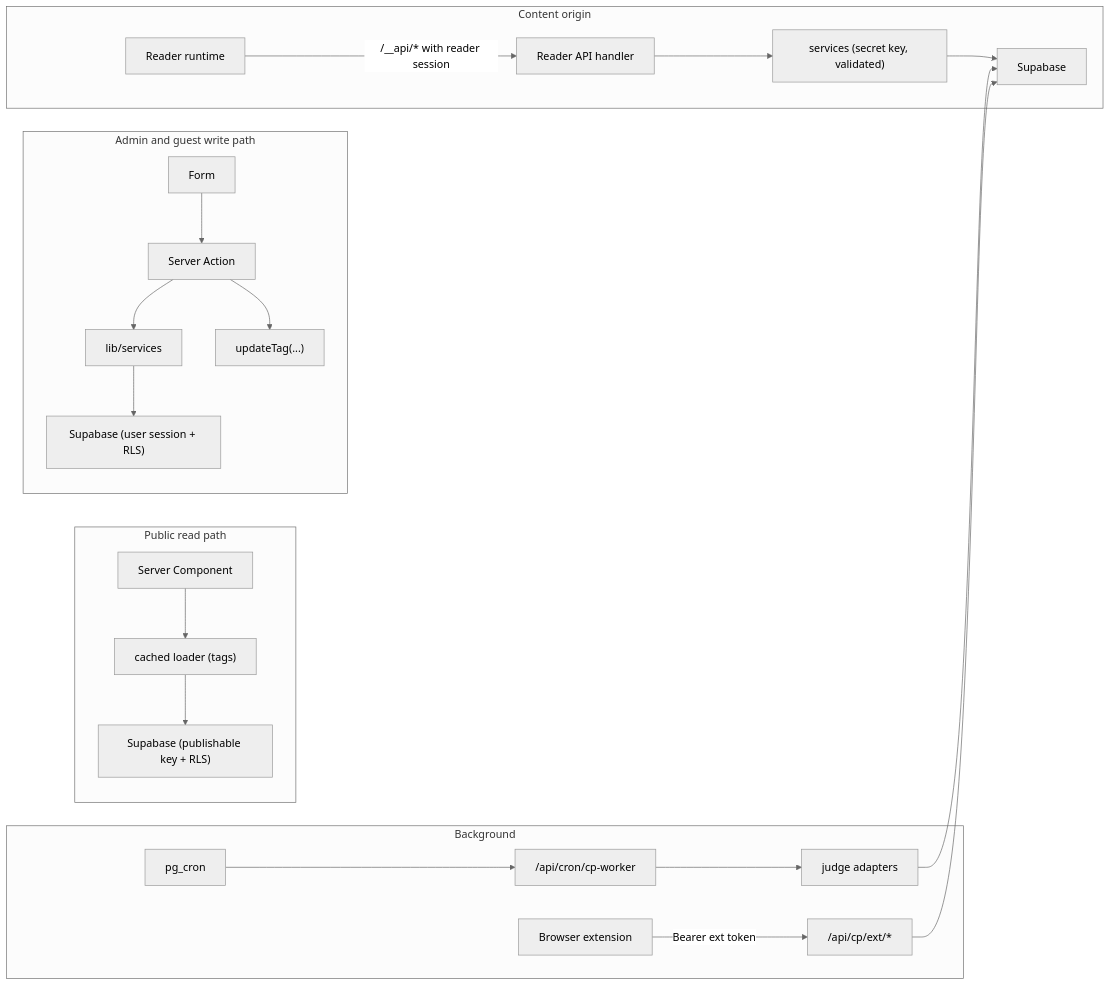
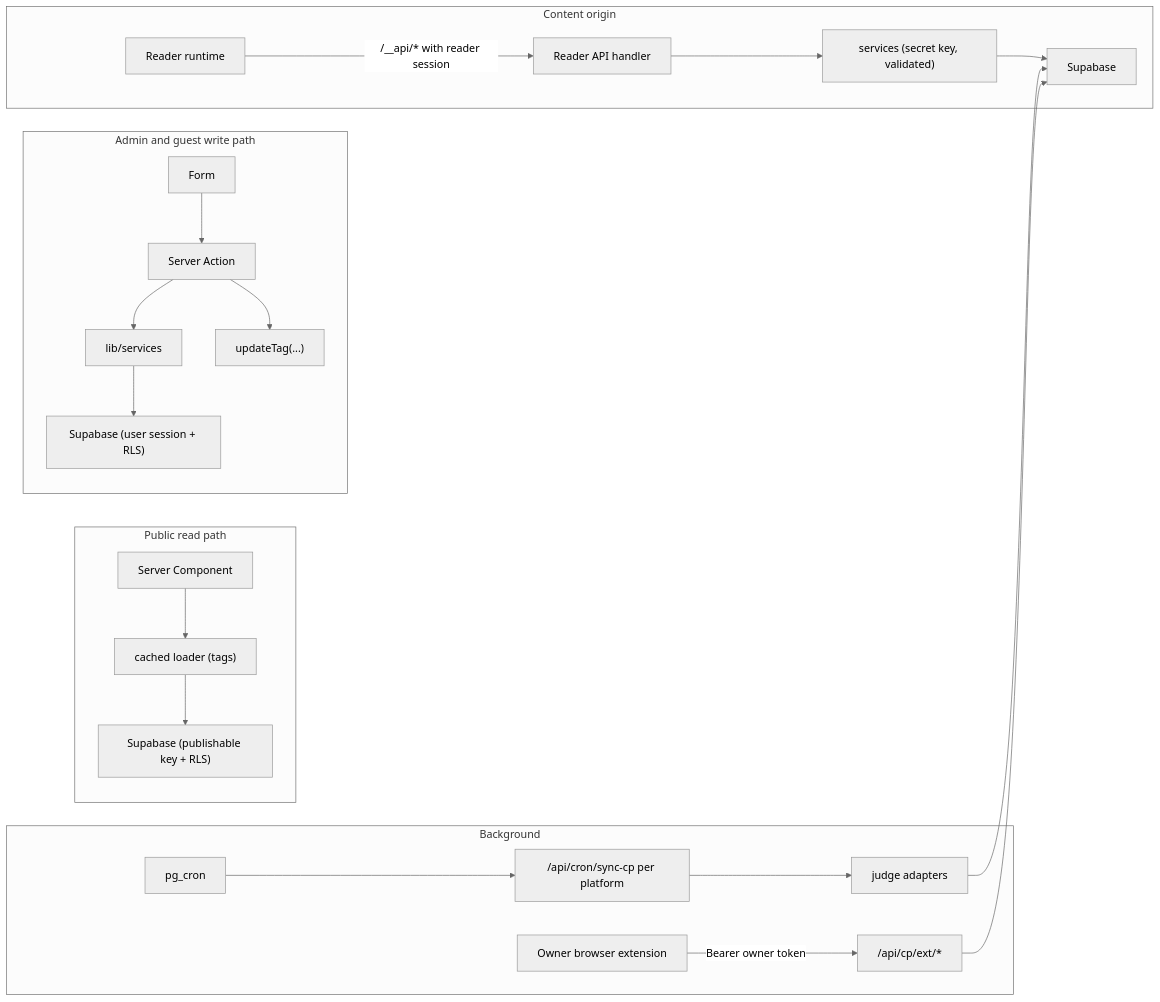
The diagram in docs/13-api-and-data-flow.md (eyasir329/portfolio), drawn with Mermaid (neutral theme) before and after one commit. The commit also changed other lines of this file and 24 other files, not shown here.

````diff
--- a/docs/13-api-and-data-flow.md
+++ b/docs/13-api-and-data-flow.md
@@ -130,17 +128,17 @@
 ```mermaid
 flowchart LR
   subgraph RP["Public read path"]
     RSC["Server Component"] --> L["cached loader (tags)"] --> SBa["Supabase (publishable key + RLS)"]
   end
   subgraph WP["Admin and guest write path"]
     F["Form"] --> SA["Server Action"] --> SV["lib/services"] --> SBu["Supabase (user session + RLS)"]
     SA --> INV["updateTag(...)"]
   end
   subgraph CO["Content origin"]
     RT["Reader runtime"] -->|"/__api/* with reader session"| RA["Reader API handler"] --> SVc["services (secret key, validated)"] --> SBs["Supabase"]
   end
   subgraph BG["Background"]
-    CR["pg_cron"] --> WK["/api/cron/cp-worker"] --> AD["judge adapters"] --> SBs
-    EXT["Browser extension"] -->|"Bearer ext token"| EI["/api/cp/ext/*"] --> SBs
+    CR["pg_cron"] --> WK["/api/cron/sync-cp per platform"] --> AD["judge adapters"] --> SBs
+    EXT["Owner browser extension"] -->|"Bearer owner token"| EI["/api/cp/ext/*"] --> SBs
   end
 ```
````
